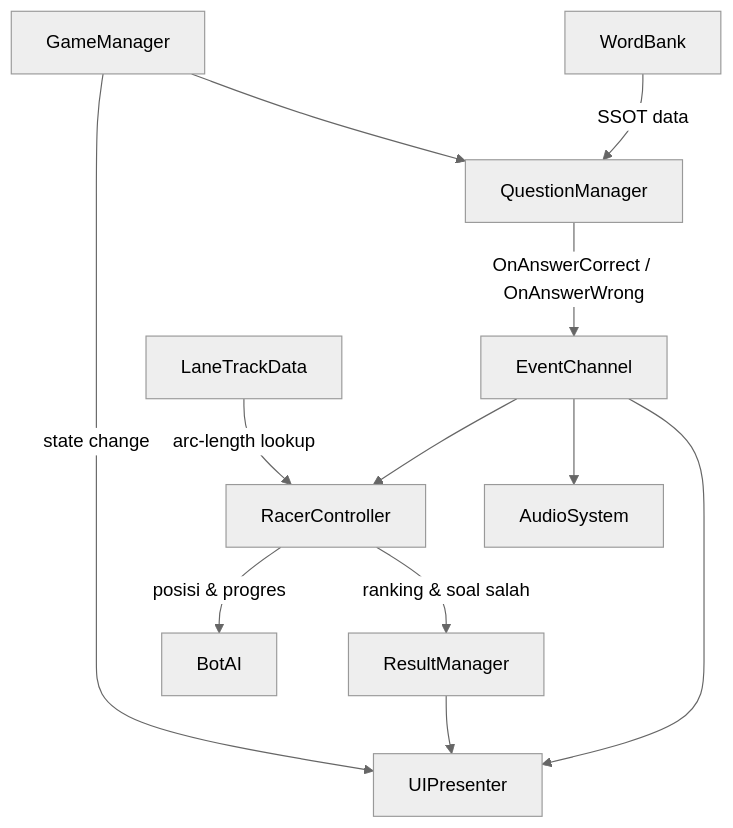
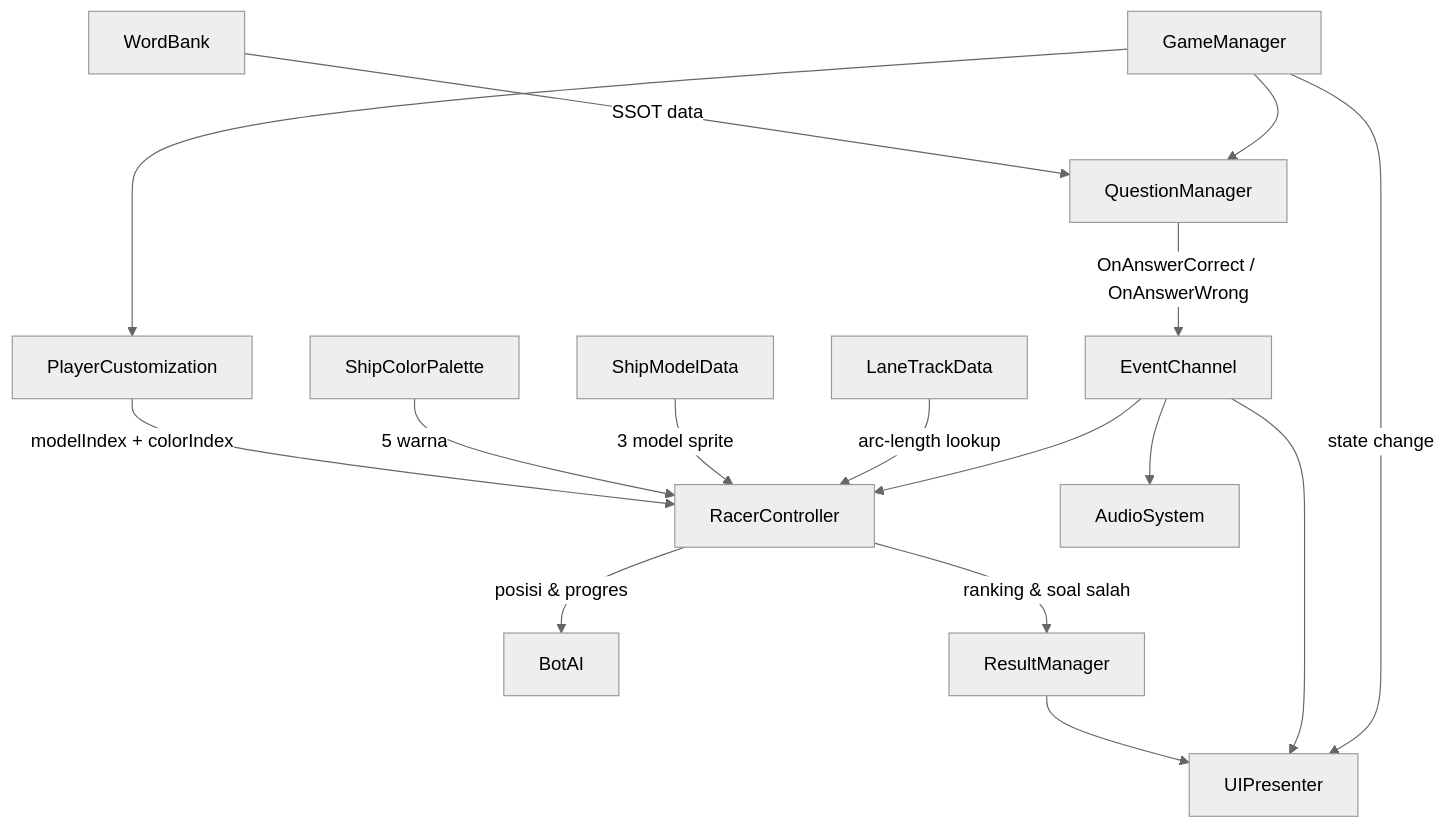
Before and after one commit to ramasii/Game-Development: the diagram in Projects/Word Space/GDD - Word Space.md, drawn with Mermaid (neutral theme). The commit also changed other lines of this file, not shown here.

````diff
--- a/Projects/Word Space/GDD - Word Space.md
+++ b/Projects/Word Space/GDD - Word Space.md
@@ -51,14 +48,18 @@
 ```mermaid
 graph TD
     GameManager -->|state change| UIPresenter
     GameManager --> QuestionManager
+    GameManager --> PlayerCustomization
     WordBank -->|SSOT data| QuestionManager
     QuestionManager -->|OnAnswerCorrect / OnAnswerWrong| EventChannel
     EventChannel --> RacerController
     EventChannel --> AudioSystem
     EventChannel --> UIPresenter
     LaneTrackData -->|arc-length lookup| RacerController
+    ShipModelData -->|3 model sprite| RacerController
+    ShipColorPalette -->|5 warna| RacerController
+    PlayerCustomization -->|modelIndex + colorIndex| RacerController
     RacerController -->|posisi & progres| BotAI
     RacerController -->|ranking & soal salah| ResultManager
     ResultManager --> UIPresenter
 ```
````
